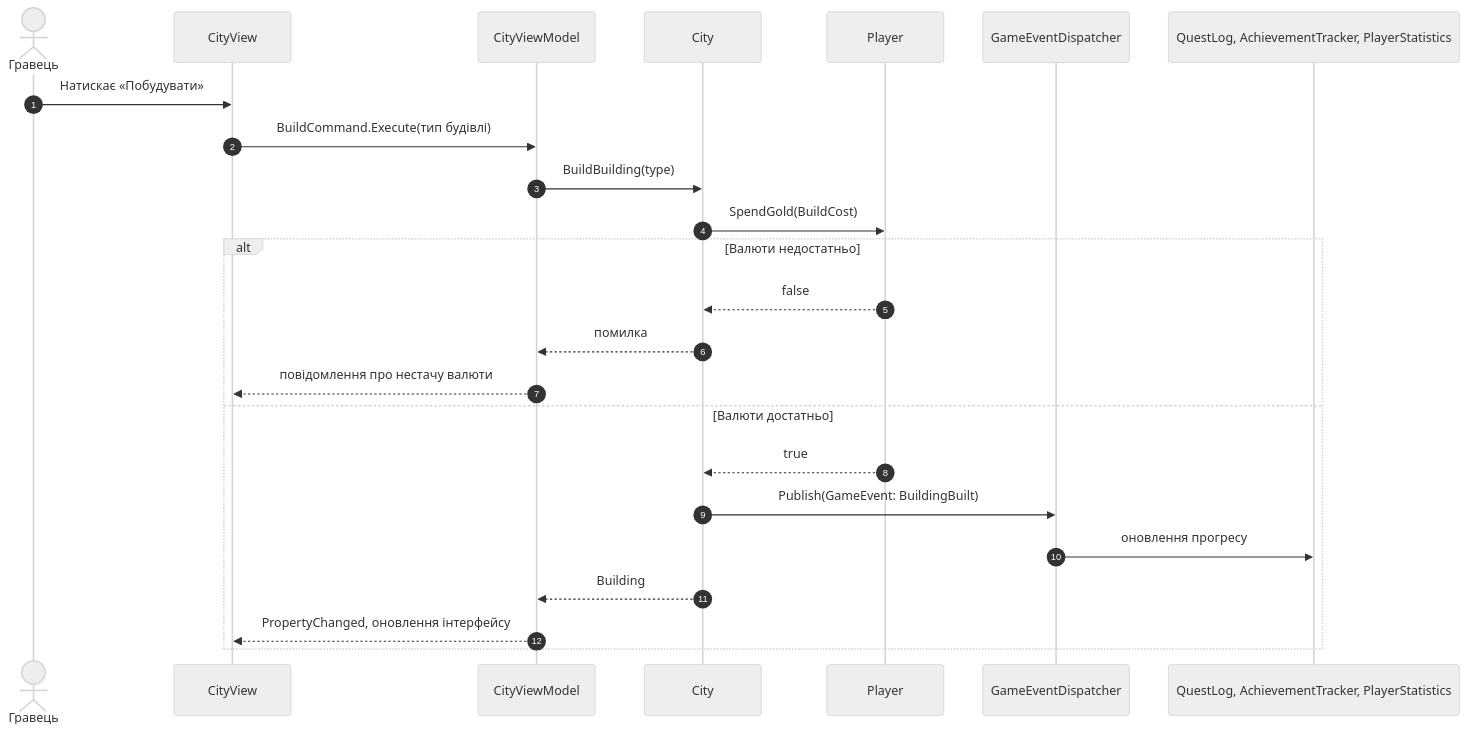
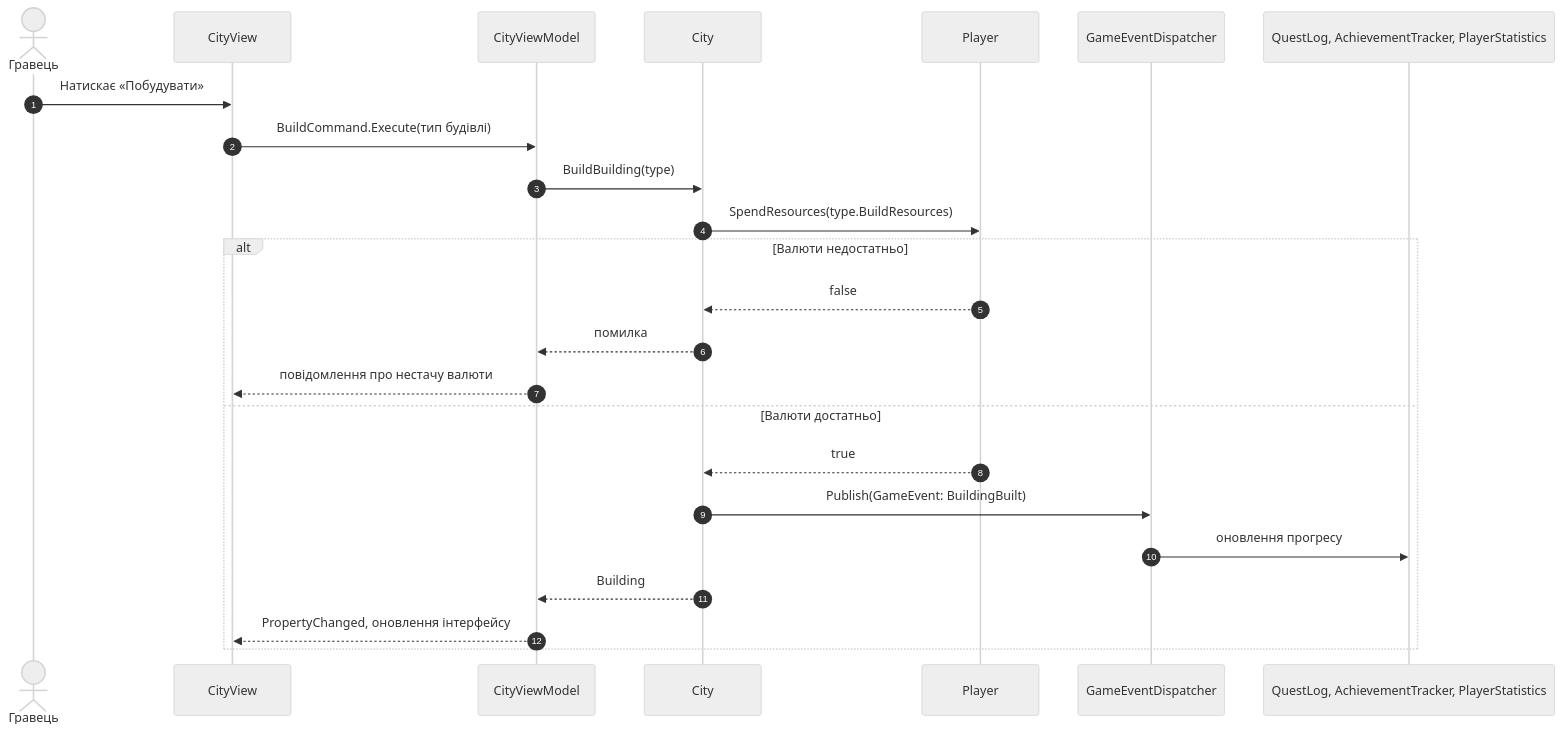
Before and after one commit to ACUT-Studio/project: the third of 5 diagrams in Docs/Architecture.md, drawn with Mermaid (neutral theme). The commit also changed other lines of this file and 44 other files, not shown here.

````diff
--- a/Docs/Architecture.md
+++ b/Docs/Architecture.md
@@ -219,27 +227,27 @@
 ```mermaid
 sequenceDiagram
     autonumber
     actor Гравець
     participant V as CityView
     participant VM as CityViewModel
     participant C as City
     participant P as Player
     participant D as GameEventDispatcher
     participant L as QuestLog, AchievementTracker, PlayerStatistics
 
     Гравець->>V: Натискає «Побудувати»
     V->>VM: BuildCommand.Execute(тип будівлі)
     VM->>C: BuildBuilding(type)
-    C->>P: SpendGold(BuildCost)
+    C->>P: SpendResources(type.BuildResources)
     alt Валюти недостатньо
         P-->>C: false
         C-->>VM: помилка
         VM-->>V: повідомлення про нестачу валюти
     else Валюти достатньо
         P-->>C: true
         C->>D: Publish(GameEvent: BuildingBuilt)
         D->>L: оновлення прогресу
         C-->>VM: Building
         VM-->>V: PropertyChanged, оновлення інтерфейсу
     end
 ```
````
